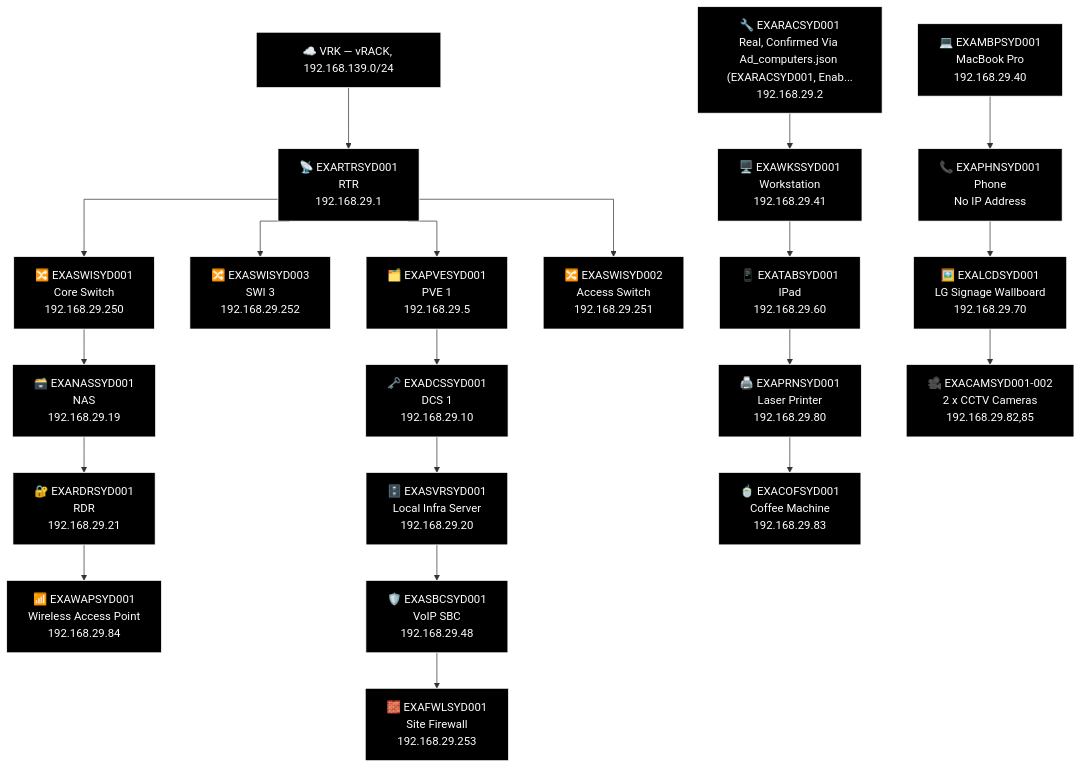
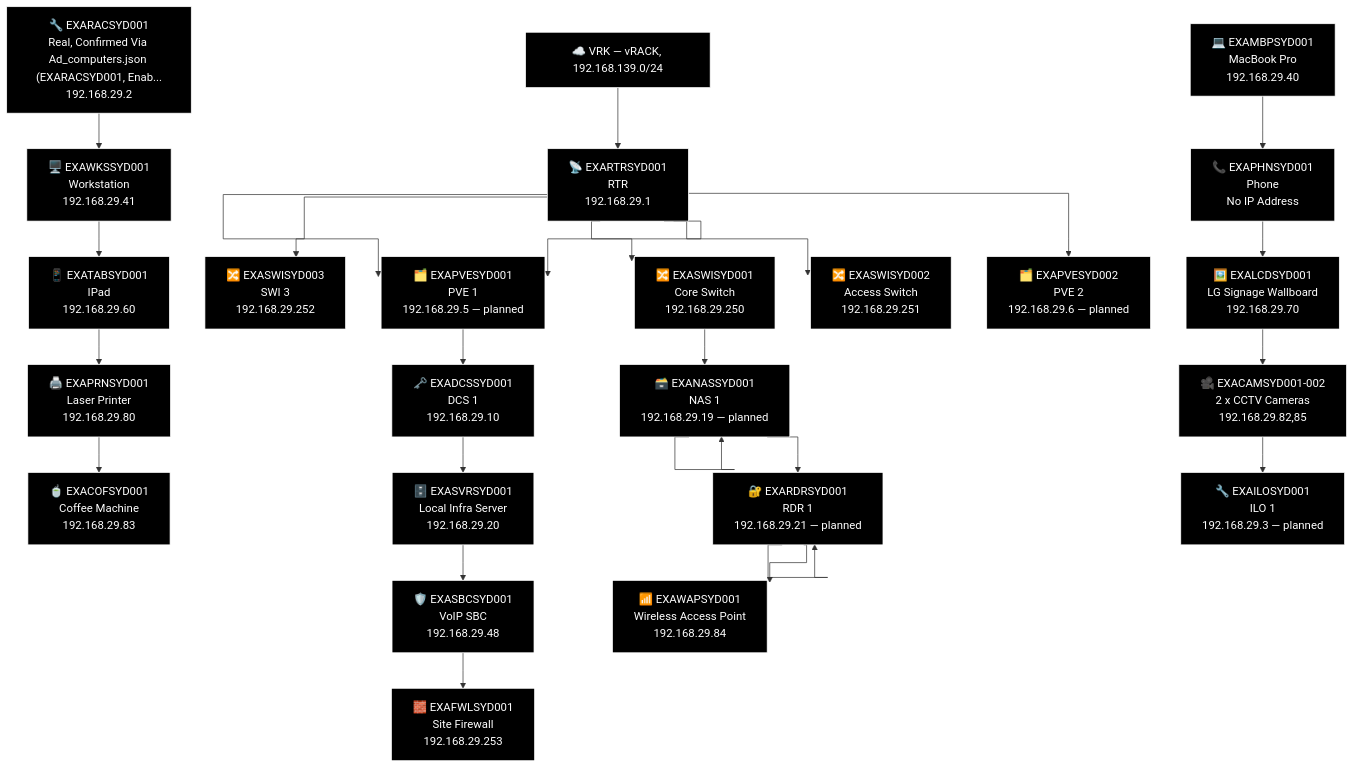
The third of 6 diagrams in docs/network-diagram/australia.md (knightmare2600/example_music_infra), drawn with Mermaid before and after one commit. The commit also changed other lines of this file and 12 other files, not shown here.

````diff
--- a/docs/network-diagram/australia.md
+++ b/docs/network-diagram/australia.md
@@ -134,59 +134,71 @@
 ```mermaid
 %% GENERATED:TOPOLOGY:SYD:START
 %%{init: {'flowchart': {'curve': 'stepAfter'}}}%%
 graph TD
     T_VRK["☁️ VRK — vRACK, 192.168.139.0/24"]
     T_RTR["📡 EXARTRSYD001<br/>RTR<br/>192.168.29.1"]
     T_VRK --> T_RTR
     T_PVE["🗂️ EXAPVESYD001<br/>PVE 1<br/>192.168.29.5"]
     T_RTR --> T_PVE
     T_SWI["🔀 EXASWISYD003<br/>SWI 3<br/>192.168.29.252"]
     T_RTR --> T_SWI
     T_SWI2["🔀 EXASWISYD001<br/>Core Switch<br/>192.168.29.250"]
     T_RTR --> T_SWI2
     T_SWI3["🔀 EXASWISYD002<br/>Access Switch<br/>192.168.29.251"]
     T_RTR --> T_SWI3
+    T_PVE["🗂️ EXAPVESYD001<br/>PVE 1<br/>192.168.29.5 — planned"]
+    T_RTR --> T_PVE
+    T_PVE2["🗂️ EXAPVESYD002<br/>PVE 2<br/>192.168.29.6 — planned"]
+    T_RTR --> T_PVE2
     T_NAS["🗃️ EXANASSYD001<br/>NAS<br/>192.168.29.19"]
+    T_NAS["🗃️ EXANASSYD001<br/>NAS 1<br/>192.168.29.19 — planned"]
     T_RDR["🔐 EXARDRSYD001<br/>RDR<br/>192.168.29.21"]
+    T_RDR["🔐 EXARDRSYD001<br/>RDR 1<br/>192.168.29.21 — planned"]
     T_WAP["📶 EXAWAPSYD001<br/>Wireless Access Point<br/>192.168.29.84"]
-    T_SWI2 --> T_NAS --> T_RDR --> T_WAP
+    T_SWI2 --> T_NAS --> T_NAS --> T_RDR --> T_RDR --> T_WAP
     T_DCS["🗝️ EXADCSSYD001<br/>DCS 1<br/>192.168.29.10"]
     T_SVR["🗄️ EXASVRSYD001<br/>Local Infra Server<br/>192.168.29.20"]
     T_SBC["🛡️ EXASBCSYD001<br/>VoIP SBC<br/>192.168.29.48"]
     T_FWL["🧱 EXAFWLSYD001<br/>Site Firewall<br/>192.168.29.253"]
     T_PVE --> T_DCS --> T_SVR --> T_SBC --> T_FWL
     T_RAC["🔧 EXARACSYD001<br/>Real, Confirmed Via Ad_computers.json (EXARACSYD001, Enab...<br/>192.168.29.2"]
     T_MBP["💻 EXAMBPSYD001<br/>MacBook Pro<br/>192.168.29.40"]
     T_WKS["🖥️ EXAWKSSYD001<br/>Workstation<br/>192.168.29.41"]
     T_PHN["📞 EXAPHNSYD001<br/>Phone<br/>No IP Address"]
     T_TAB["📱 EXATABSYD001<br/>IPad<br/>192.168.29.60"]
     T_LCD["🖼️ EXALCDSYD001<br/>LG Signage Wallboard<br/>192.168.29.70"]
     T_PRN["🖨️ EXAPRNSYD001<br/>Laser Printer<br/>192.168.29.80"]
     T_OTH_CAM["🎥 EXACAMSYD001-002<br/>2 x CCTV Cameras<br/>192.168.29.82,85"]
     T_COF["🍵 EXACOFSYD001<br/>Coffee Machine<br/>192.168.29.83"]
+    T_ILO["🔧 EXAILOSYD001<br/>ILO 1<br/>192.168.29.3 — planned"]
     T_RAC --> T_WKS --> T_TAB --> T_PRN --> T_COF
-    T_MBP --> T_PHN --> T_LCD --> T_OTH_CAM
+    T_MBP --> T_PHN --> T_LCD --> T_OTH_CAM --> T_ILO
     style T_VRK fill:#000000,stroke:#FFFFFF,color:#FFFFFF
     style T_RTR fill:#000000,stroke:#FFFFFF,color:#FFFFFF
     style T_PVE fill:#000000,stroke:#FFFFFF,color:#FFFFFF
     style T_SWI fill:#000000,stroke:#FFFFFF,color:#FFFFFF
     style T_SWI2 fill:#000000,stroke:#FFFFFF,color:#FFFFFF
     style T_SWI3 fill:#000000,stroke:#FFFFFF,color:#FFFFFF
+    style T_PVE fill:#000000,stroke:#FFFFFF,color:#FFFFFF
+    style T_PVE2 fill:#000000,stroke:#FFFFFF,color:#FFFFFF
     style T_NAS fill:#000000,stroke:#FFFFFF,color:#FFFFFF
+    style T_NAS fill:#000000,stroke:#FFFFFF,color:#FFFFFF
+    style T_RDR fill:#000000,stroke:#FFFFFF,color:#FFFFFF
     style T_RDR fill:#000000,stroke:#FFFFFF,color:#FFFFFF
     style T_WAP fill:#000000,stroke:#FFFFFF,color:#FFFFFF
     style T_DCS fill:#000000,stroke:#FFFFFF,color:#FFFFFF
     style T_SVR fill:#000000,stroke:#FFFFFF,color:#FFFFFF
     style T_SBC fill:#000000,stroke:#FFFFFF,color:#FFFFFF
     style T_FWL fill:#000000,stroke:#FFFFFF,color:#FFFFFF
     style T_RAC fill:#000000,stroke:#FFFFFF,color:#FFFFFF
     style T_MBP fill:#000000,stroke:#FFFFFF,color:#FFFFFF
     style T_WKS fill:#000000,stroke:#FFFFFF,color:#FFFFFF
     style T_PHN fill:#000000,stroke:#FFFFFF,color:#FFFFFF
     style T_TAB fill:#000000,stroke:#FFFFFF,color:#FFFFFF
     style T_LCD fill:#000000,stroke:#FFFFFF,color:#FFFFFF
     style T_PRN fill:#000000,stroke:#FFFFFF,color:#FFFFFF
     style T_OTH_CAM fill:#000000,stroke:#FFFFFF,color:#FFFFFF
     style T_COF fill:#000000,stroke:#FFFFFF,color:#FFFFFF
+    style T_ILO fill:#000000,stroke:#FFFFFF,color:#FFFFFF
 %% GENERATED:TOPOLOGY:SYD:END
 ```
````
